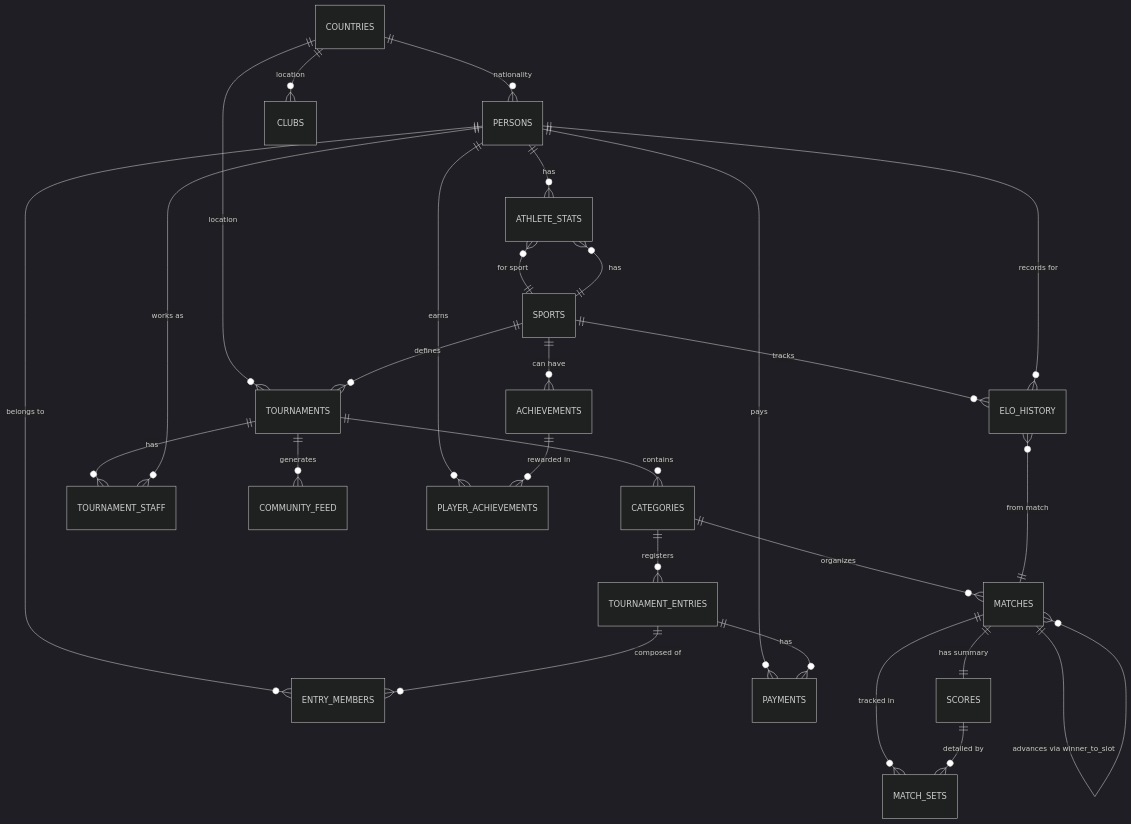
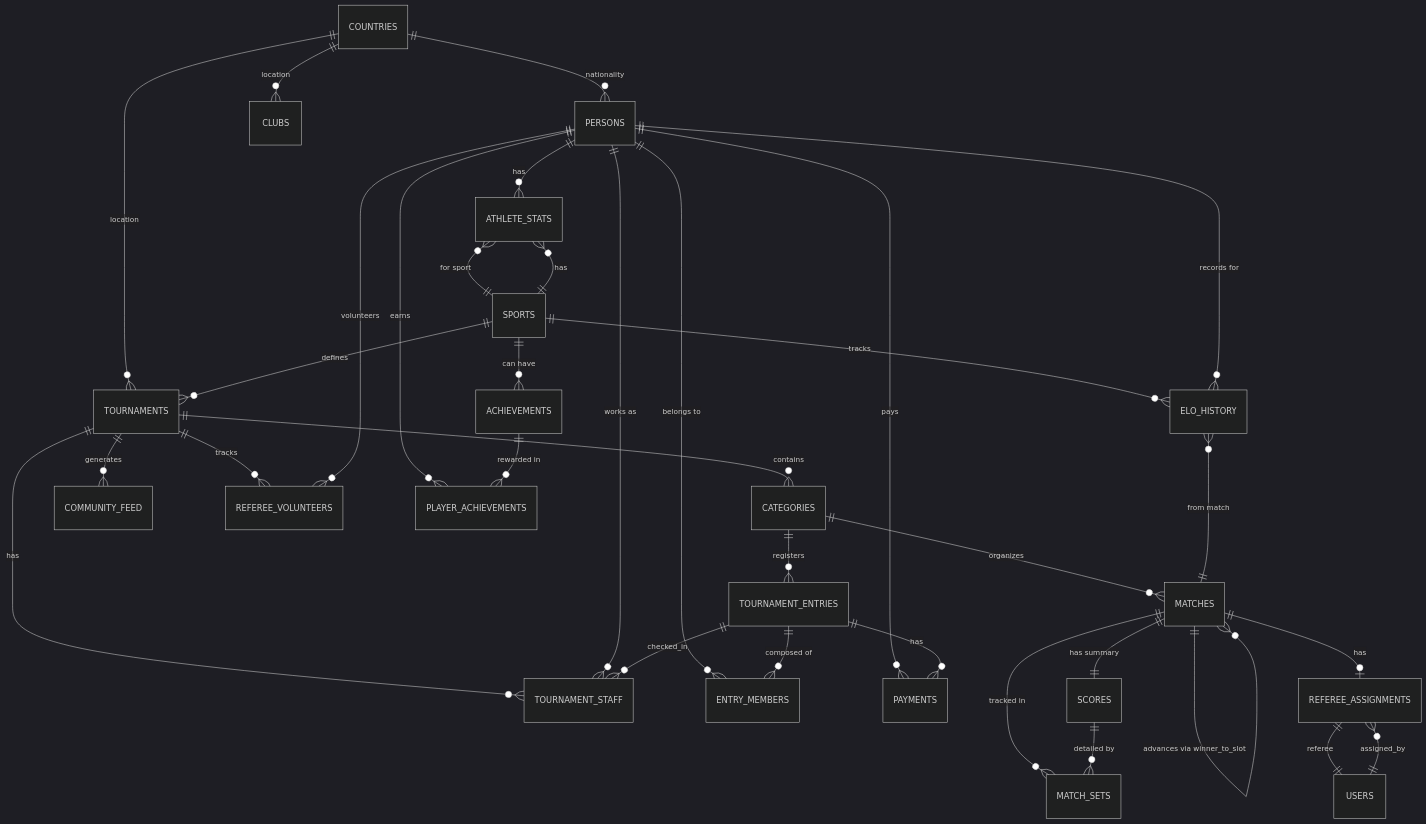
Before and after one commit to felipe90/rallyOS-app: the third of 5 diagrams in webdocs/architecture/ARCHITECTURE_DIAGRAMS.md, drawn with Mermaid (dark theme). The commit also changed other lines of this file and 11 other files, not shown here.

````diff
--- a/webdocs/architecture/ARCHITECTURE_DIAGRAMS.md
+++ b/webdocs/architecture/ARCHITECTURE_DIAGRAMS.md
@@ -64,40 +121,47 @@
 ```mermaid
 erDiagram
     COUNTRIES ||--o{ PERSONS : "nationality"
     COUNTRIES ||--o{ CLUBS : "location"
     COUNTRIES ||--o{ TOURNAMENTS : "location"
 
     SPORTS ||--o{ ATHLETE_STATS : "has"
     SPORTS ||--o{ TOURNAMENTS : "defines"
     SPORTS ||--o{ ELO_HISTORY : "tracks"
     SPORTS ||--o{ ACHIEVEMENTS : "can have"
     
     TOURNAMENTS ||--o{ CATEGORIES : "contains"
     TOURNAMENTS ||--o{ TOURNAMENT_STAFF : "has"
     TOURNAMENTS ||--o{ COMMUNITY_FEED : "generates"
+    TOURNAMENTS ||--o{ REFEREE_VOLUNTEERS : "tracks"
     
     CATEGORIES ||--o{ TOURNAMENT_ENTRIES : "registers"
     CATEGORIES ||--o{ MATCHES : "organizes"
     
     PERSONS ||--o{ ATHLETE_STATS : "has"
     PERSONS ||--o{ ENTRY_MEMBERS : "belongs to"
     PERSONS ||--o{ TOURNAMENT_STAFF : "works as"
     PERSONS ||--o{ PAYMENTS : "pays"
     PERSONS ||--o{ PLAYER_ACHIEVEMENTS : "earns"
+    PERSONS ||--o{ REFEREE_VOLUNTEERS : "volunteers"
     
     ATHLETE_STATS }o--|| SPORTS : "for sport"
     
     ACHIEVEMENTS ||--o{ PLAYER_ACHIEVEMENTS : "rewarded in"
 
     TOURNAMENT_ENTRIES ||--o{ ENTRY_MEMBERS : "composed of"
     TOURNAMENT_ENTRIES ||--o{ PAYMENTS : "has"
+    TOURNAMENT_ENTRIES ||--o{ TOURNAMENT_STAFF : "checked_in"
     
     MATCHES ||--|| SCORES : "has summary"
     MATCHES ||--o{ MATCH_SETS : "tracked in"
     MATCHES ||--o{ MATCHES : "advances via winner_to_slot"
+    MATCHES ||--o| REFEREE_ASSIGNMENTS : "has"
     
     SCORES ||--o{ MATCH_SETS : "detailed by"
+    
+    REFEREE_ASSIGNMENTS ||--|| USERS : "referee"
+    REFEREE_ASSIGNMENTS }o--|| USERS : "assigned_by"
     
     ELO_HISTORY }o--|| PERSONS : "records for"
     ELO_HISTORY }o--|| MATCHES : "from match"
 ```
````
